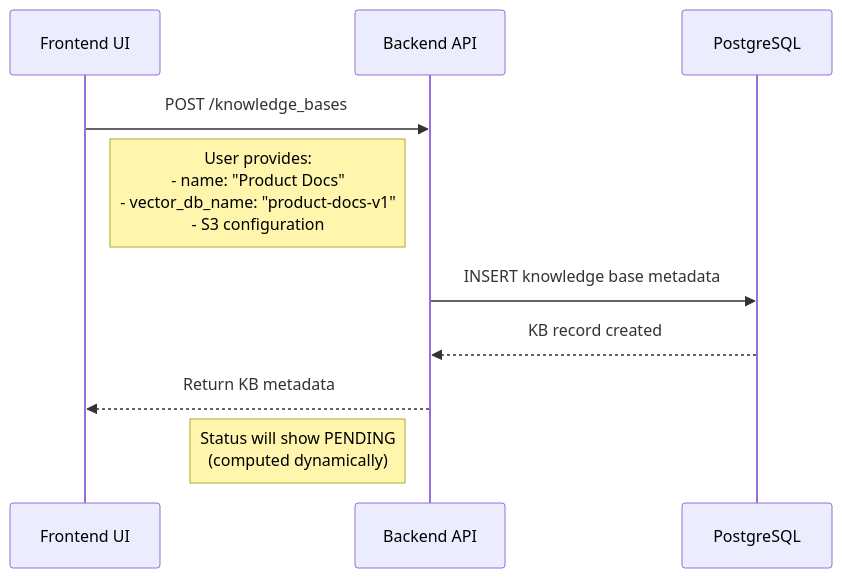
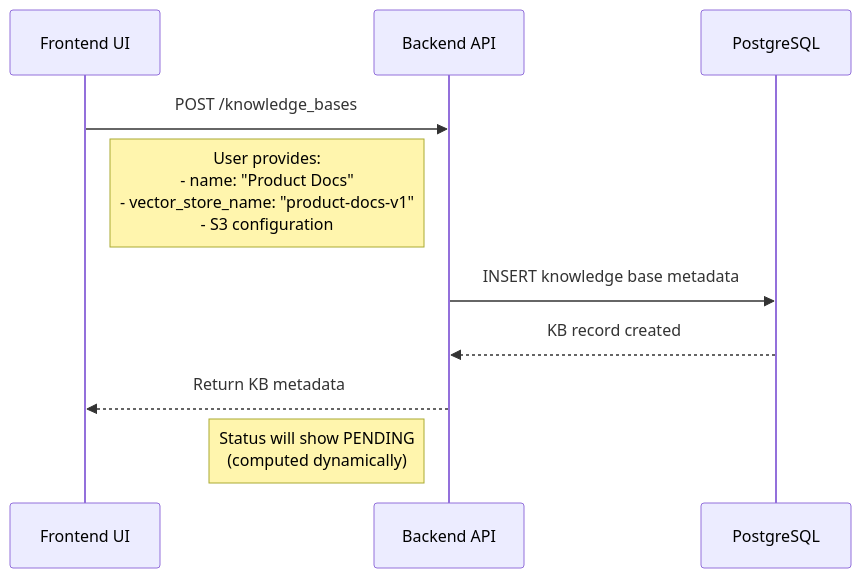
Before and after one commit to yuvalturg/ai-virtual-agent: the second of 6 diagrams in docs/knowledge-base-architecture.md, drawn with Mermaid. The commit also changed other lines of this file and 66 other files, not shown here.

````diff
--- a/docs/knowledge-base-architecture.md
+++ b/docs/knowledge-base-architecture.md
@@ -75,13 +75,13 @@
 ```mermaid
 sequenceDiagram
     participant UI as Frontend UI
     participant API as Backend API
     participant DB as PostgreSQL
 
     UI->>API: POST /knowledge_bases
-    Note right of UI: User provides:<br/>- name: "Product Docs"<br/>- vector_db_name: "product-docs-v1"<br/>- S3 configuration
+    Note right of UI: User provides:<br/>- name: "Product Docs"<br/>- vector_store_name: "product-docs-v1"<br/>- S3 configuration
     API->>DB: INSERT knowledge base metadata
     DB-->>API: KB record created
     API-->>UI: Return KB metadata
     Note left of API: Status will show PENDING<br/>(computed dynamically)
 ```
````
